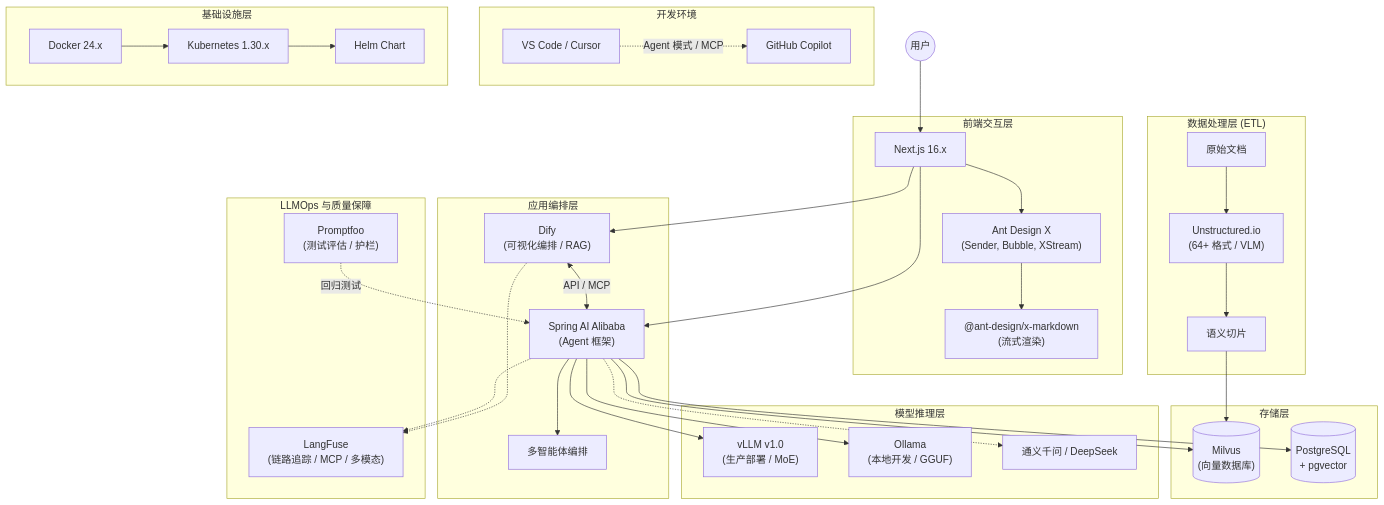
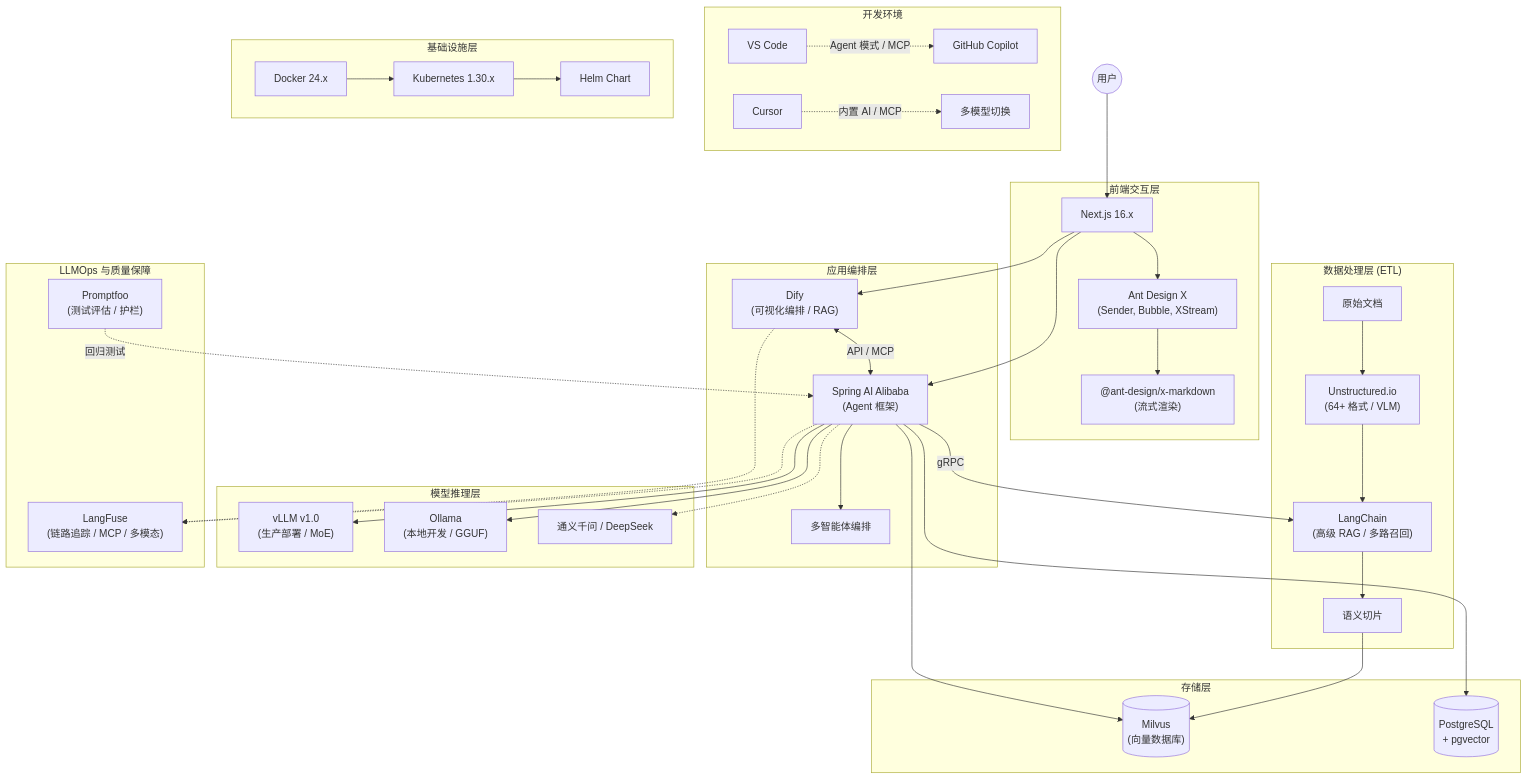
One commit to hanwei808/ai-product-production-guide changed the first of 10 diagrams in README.md. Above: the diagram before and after it, drawn with Mermaid. The commit also changed other lines of this file, not shown here.

Commit message:
更新 README.md，增强开发环境与数据处理层的描述，新增 LangChain 相关内容及协作架构表

````diff
--- a/README.md
+++ b/README.md
@@ -7,69 +7,74 @@
 ```mermaid
 graph TD
     subgraph "开发环境"
-        Dev[VS Code / Cursor]
+        VSCode[VS Code]
         Copilot[GitHub Copilot]
-        Dev -.->|Agent 模式 / MCP| Copilot
+        Cursor[Cursor]
+        VSCode -.->|Agent 模式 / MCP| Copilot
+        Cursor -.->|内置 AI / MCP| 多模型切换
     end
 
     subgraph "前端交互层"
         Next[Next.js 16.x]
         AntX["Ant Design X<br/>(Sender, Bubble, XStream)"]
         MD["@ant-design/x-markdown<br/>(流式渲染)"]
         Next --> AntX
         AntX --> MD
     end
 
     subgraph "应用编排层"
         Dify["Dify<br/>(可视化编排 / RAG)"]
         Spring["Spring AI Alibaba<br/>(Agent 框架)"]
         MultiAgent[多智能体编排]
         Dify <-->|API / MCP| Spring
         Spring --> MultiAgent
     end
 
     subgraph "数据处理层 (ETL)"
         Raw[原始文档]
         Unstructured["Unstructured.io<br/>(64+ 格式 / VLM)"]
+        LangChain["LangChain<br/>(高级 RAG / 多路召回)"]
         Chunks[语义切片]
         Raw --> Unstructured
-        Unstructured --> Chunks
+        Unstructured --> LangChain
+        LangChain --> Chunks
+        Spring -->|gRPC| LangChain
     end
 
     subgraph "存储层"
         Milvus[("Milvus<br/>(向量数据库)")]
         PG[("PostgreSQL<br/>+ pgvector")]
         Chunks --> Milvus
         Spring --> Milvus
         Spring --> PG
     end
 
     subgraph "模型推理层"
         vLLM["vLLM v1.0<br/>(生产部署 / MoE)"]
         Ollama["Ollama<br/>(本地开发 / GGUF)"]
         Qwen["通义千问 / DeepSeek"]
         Spring --> vLLM
         Spring --> Ollama
         Spring -.-> Qwen
     end
 
     subgraph "LLMOps 与质量保障"
         LangFuse["LangFuse<br/>(链路追踪 / MCP / 多模态)"]
         Promptfoo["Promptfoo<br/>(测试评估 / 护栏)"]
         Spring -.-> LangFuse
         Dify -.-> LangFuse
     end
 
     subgraph "基础设施层"
         Docker[Docker 24.x]
         K8s[Kubernetes 1.30.x]
         Helm[Helm Chart]
         Docker --> K8s
         K8s --> Helm
     end
 
     User((用户)) --> Next
     Next --> Dify
     Next --> Spring
     Promptfoo -.->|回归测试| Spring
 ```
````
